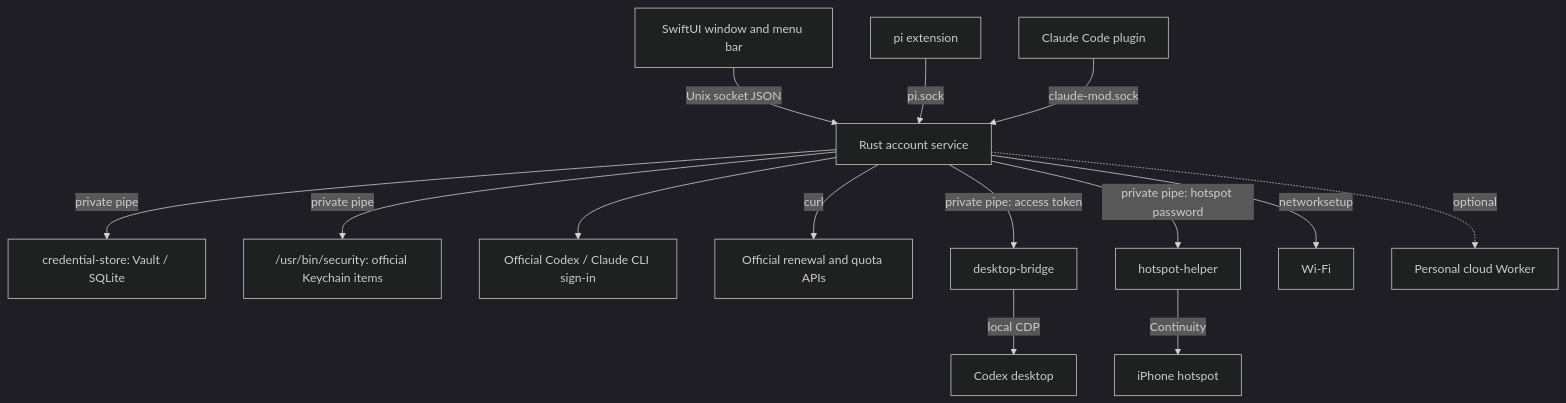
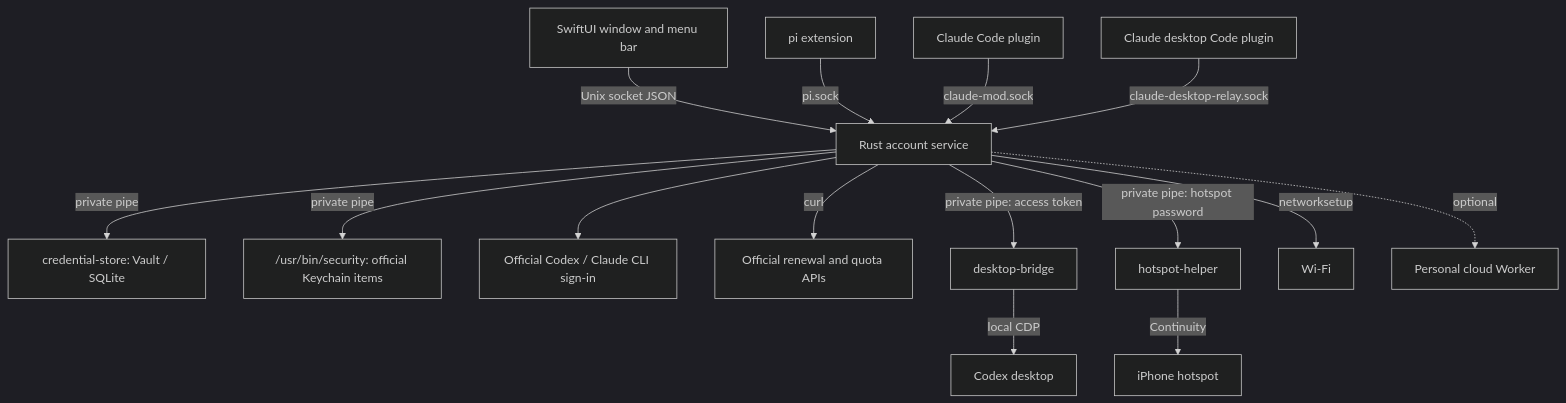
Before and after one commit to WUXM5/AuthBaton: the diagram in README.md, drawn with Mermaid (dark theme). The commit also changed other lines of this file and 15 other files, not shown here.

````diff
--- a/README.md
+++ b/README.md
@@ -58,16 +60,17 @@
 ```mermaid
 flowchart TD
     UI[SwiftUI window and menu bar] -->|Unix socket JSON| S[Rust account service]
     S -->|private pipe| H["credential-store: Vault / SQLite"]
     S -->|private pipe| K["/usr/bin/security: official Keychain items"]
     S --> L[Official Codex / Claude CLI sign-in]
     S -->|curl| API[Official renewal and quota APIs]
     S -->|"private pipe: access token"| B[desktop-bridge]
     B -->|local CDP| D[Codex desktop]
     P[pi extension] -->|pi.sock| S
     M[Claude Code plugin] -->|claude-mod.sock| S
+    CR[Claude desktop Code plugin] -->|claude-desktop-relay.sock| S
     S -->|"private pipe: hotspot password"| HS[hotspot-helper]
     HS -->|Continuity| PH[iPhone hotspot]
     S -->|networksetup| WIFI[Wi-Fi]
     S -.->|optional| W[Personal cloud Worker]
 ```
````
